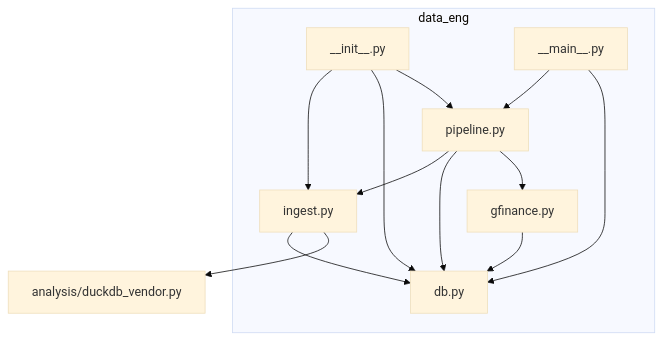
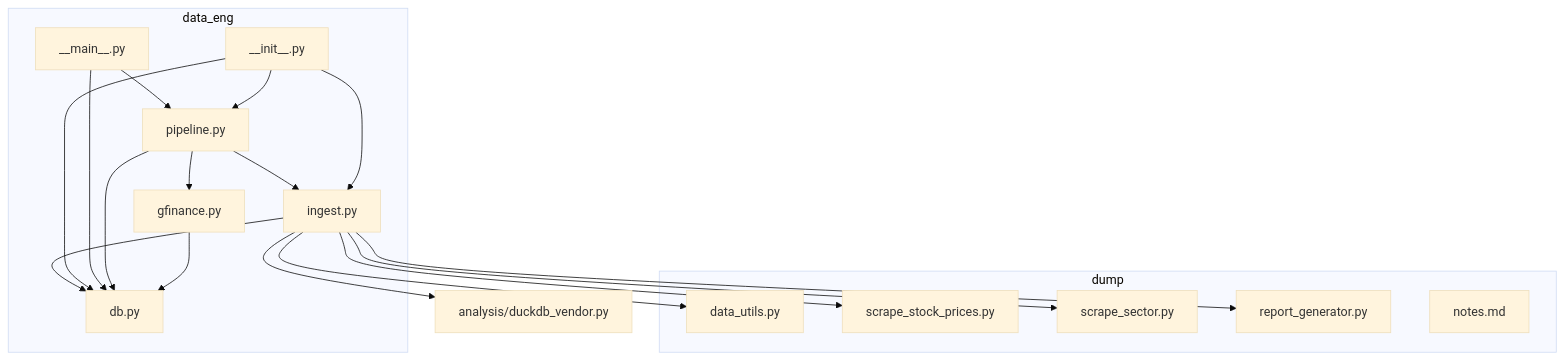
One commit to ZengSeng/telegram-bot changed the first of 12 diagrams in .qoder/repowiki/en/content/Core Components/Data Engineering Module/Data Engineering Module.md. Above: the diagram before and after it, drawn with Mermaid (base theme). The commit also changed other lines of this file and 14 other files, not shown here.

````diff
--- a/.qoder/repowiki/en/content/Core Components/Data Engineering Module/Data Engineering Module.md
+++ b/.qoder/repowiki/en/content/Core Components/Data Engineering Module/Data Engineering Module.md
@@ -52,23 +66,34 @@
 ```mermaid
 graph TB
 subgraph "data_eng"
 A["__init__.py"]
 B["__main__.py"]
 C["db.py"]
 D["ingest.py"]
 E["pipeline.py"]
 F["gfinance.py"]
 end
-G["analysis/duckdb_vendor.py"]
+subgraph "dump"
+G["data_utils.py"]
+H["scrape_stock_prices.py"]
+I["scrape_sector.py"]
+J["report_generator.py"]
+K["notes.md"]
+end
+L["analysis/duckdb_vendor.py"]
 B --> E
 E --> D
 D --> C
 A --> D
 A --> C
 A --> E
 B --> C
 E --> C
 E --> F
 F --> C
 D --> G
+D --> H
+D --> I
+D --> J
+D --> L
 ```
````
